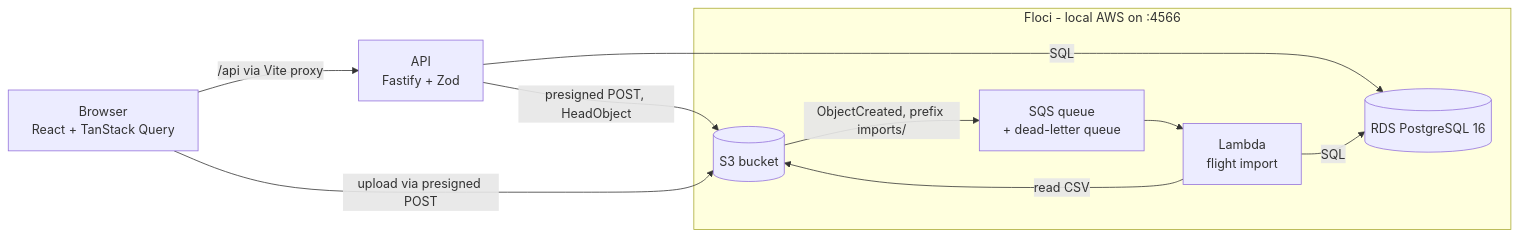
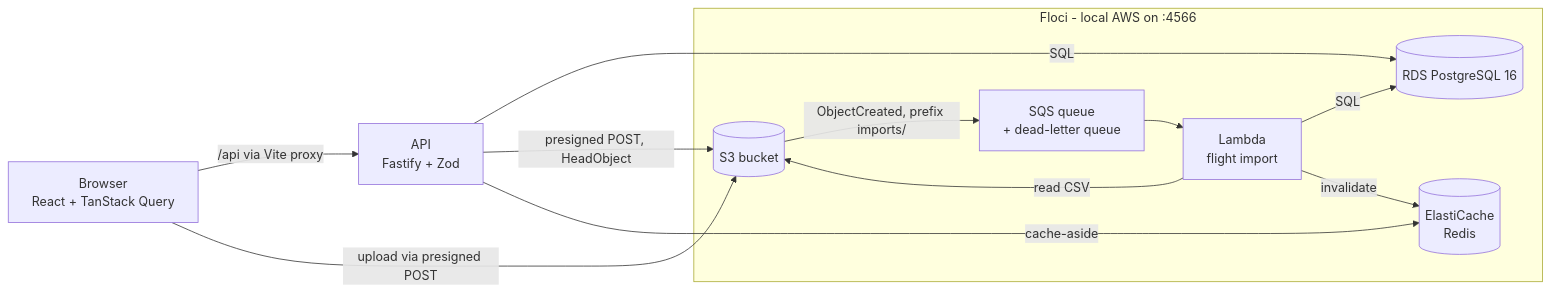
Before and after one commit to oguzbits/squawk: the diagram in README.md, drawn with Mermaid. The commit also changed other lines of this file and 1 other file, not shown here.

Commit message:
docs: describe the due-date dashboard and the cache

````diff
--- a/README.md
+++ b/README.md
@@ -9,17 +9,20 @@
 ```mermaid
 flowchart LR
   browser[Browser<br/>React + TanStack Query] -->|/api via Vite proxy| api[API<br/>Fastify + Zod]
   api -->|SQL| rds[(RDS PostgreSQL 16)]
   api -->|presigned POST, HeadObject| s3[(S3 bucket)]
   browser -->|upload via presigned POST| s3
   s3 -->|ObjectCreated, prefix imports/| sqs[SQS queue<br/>+ dead-letter queue]
   sqs --> lambda[Lambda<br/>flight import]
   lambda -->|read CSV| s3
   lambda -->|SQL| rds
+  api -->|cache-aside| redis[(ElastiCache<br/>Redis)]
+  lambda -->|invalidate| redis
   subgraph floci[Floci - local AWS on :4566]
     rds
     s3
     sqs
     lambda
+    redis
   end
 ```
````
